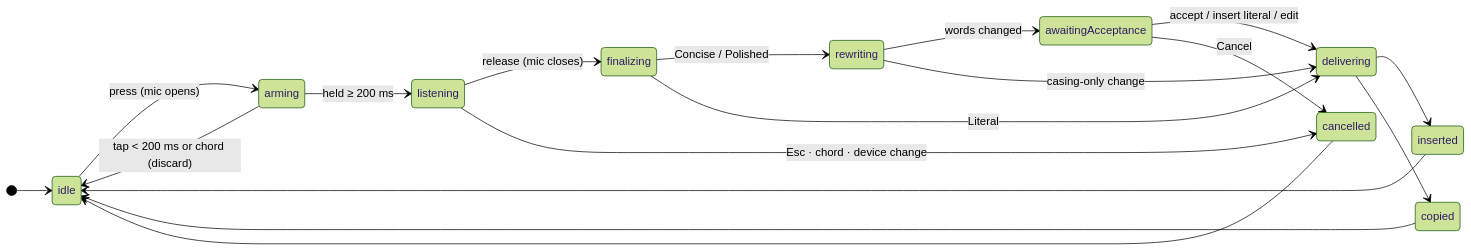
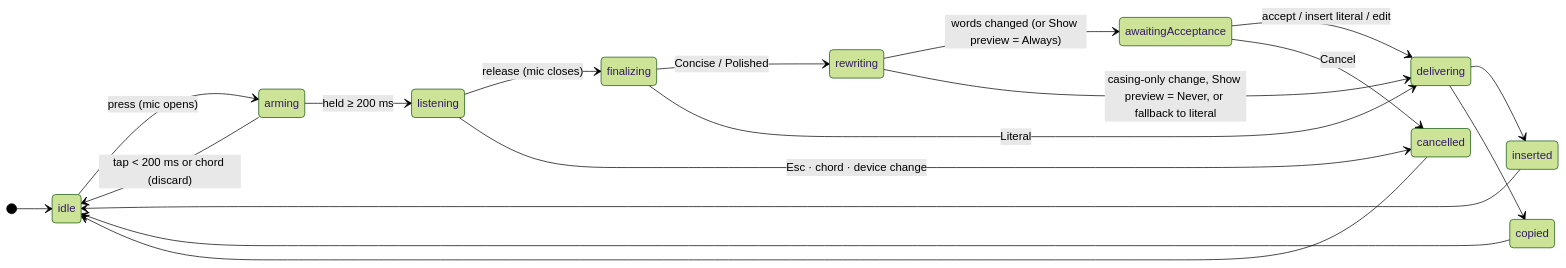
One commit to sbui056/speak changed the second of 3 diagrams in docs/architecture/v1.md. Above: the diagram before and after it, drawn with Mermaid (forest theme). The commit also changed other lines of this file and 1 other file, not shown here.

Commit message:
docs(architecture): bring v1 up to date with what was built

````diff
--- a/docs/architecture/v1.md
+++ b/docs/architecture/v1.md
@@ -35,21 +35,21 @@
 ```mermaid
 stateDiagram-v2
   direction LR
   [*] --> idle
   idle --> arming: press (mic opens)
   arming --> idle: tap < 200 ms or chord (discard)
   arming --> listening: held ≥ 200 ms
   listening --> finalizing: release (mic closes)
   listening --> cancelled: Esc · chord · device change
   finalizing --> rewriting: Concise / Polished
   finalizing --> delivering: Literal
-  rewriting --> awaitingAcceptance: words changed
-  rewriting --> delivering: casing-only change
+  rewriting --> awaitingAcceptance: words changed (or Show preview = Always)
+  rewriting --> delivering: casing-only change, Show preview = Never, or fallback to literal
   awaitingAcceptance --> delivering: accept / insert literal / edit
   awaitingAcceptance --> cancelled: Cancel
   delivering --> inserted
   delivering --> copied
   inserted --> idle
   copied --> idle
   cancelled --> idle
 ```
````
